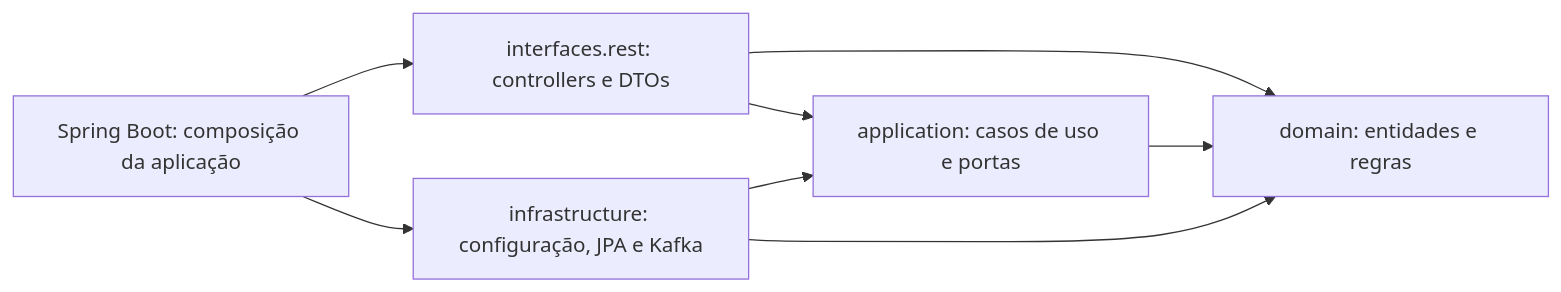
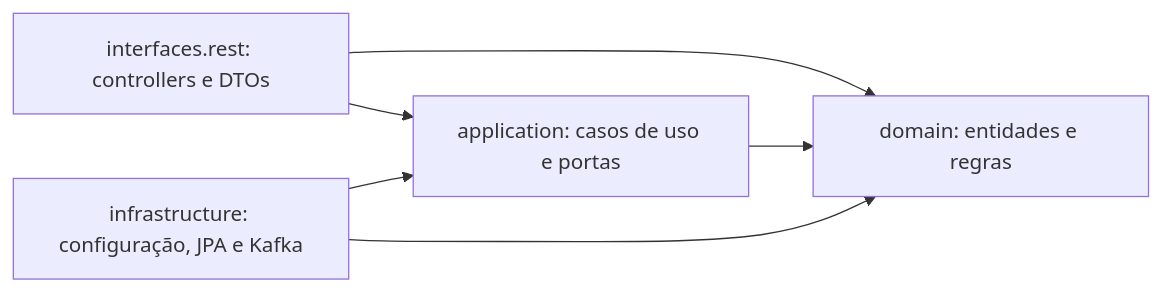
One commit to hodestito/gestao-pessoas changed the first of 2 diagrams in docs/architecture.md. Above: the diagram before and after it, drawn with Mermaid.

Commit message:
docs: distingue dependências de código da composição Spring [IA]

````diff
--- a/docs/architecture.md
+++ b/docs/architecture.md
@@ -15,10 +15,8 @@
 ```mermaid
 flowchart LR
     REST["interfaces.rest: controllers e DTOs"] --> APP["application: casos de uso e portas"]
     REST --> DOM["domain: entidades e regras"]
     APP --> DOM
     INF["infrastructure: configuração, JPA e Kafka"] --> APP
     INF --> DOM
-    BOOT["Spring Boot: composição da aplicação"] --> REST
-    BOOT --> INF
 ```
````
